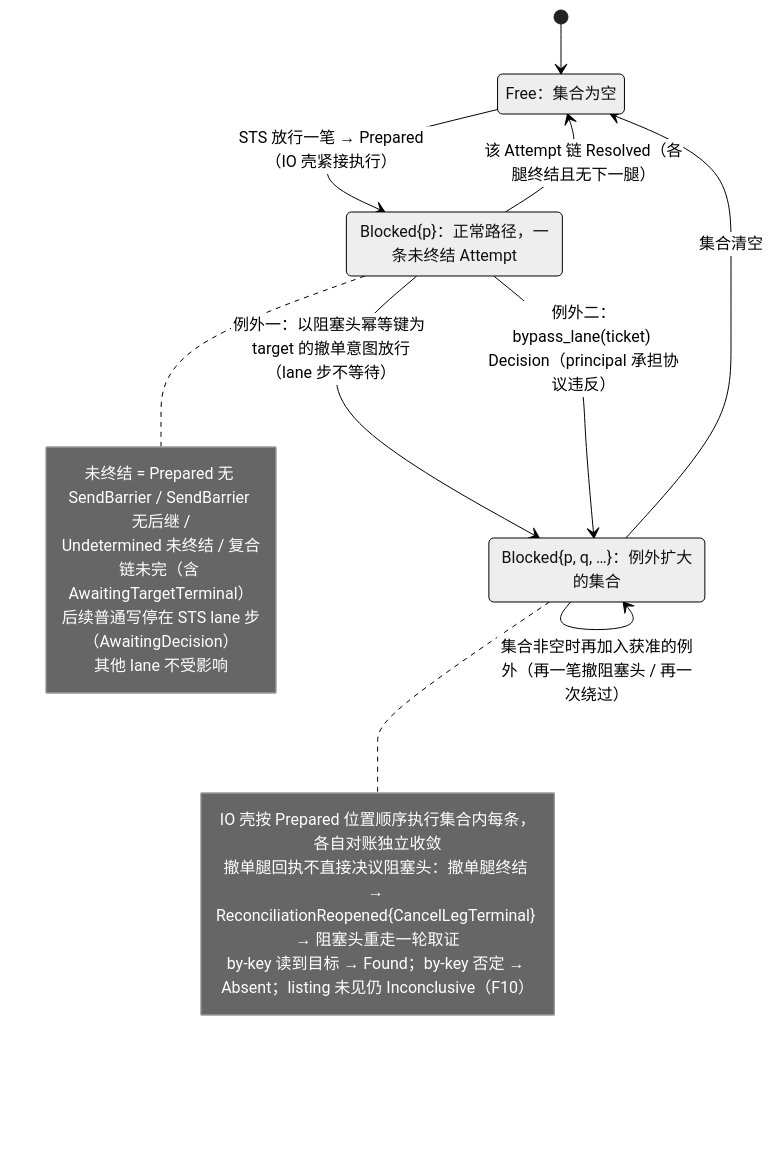
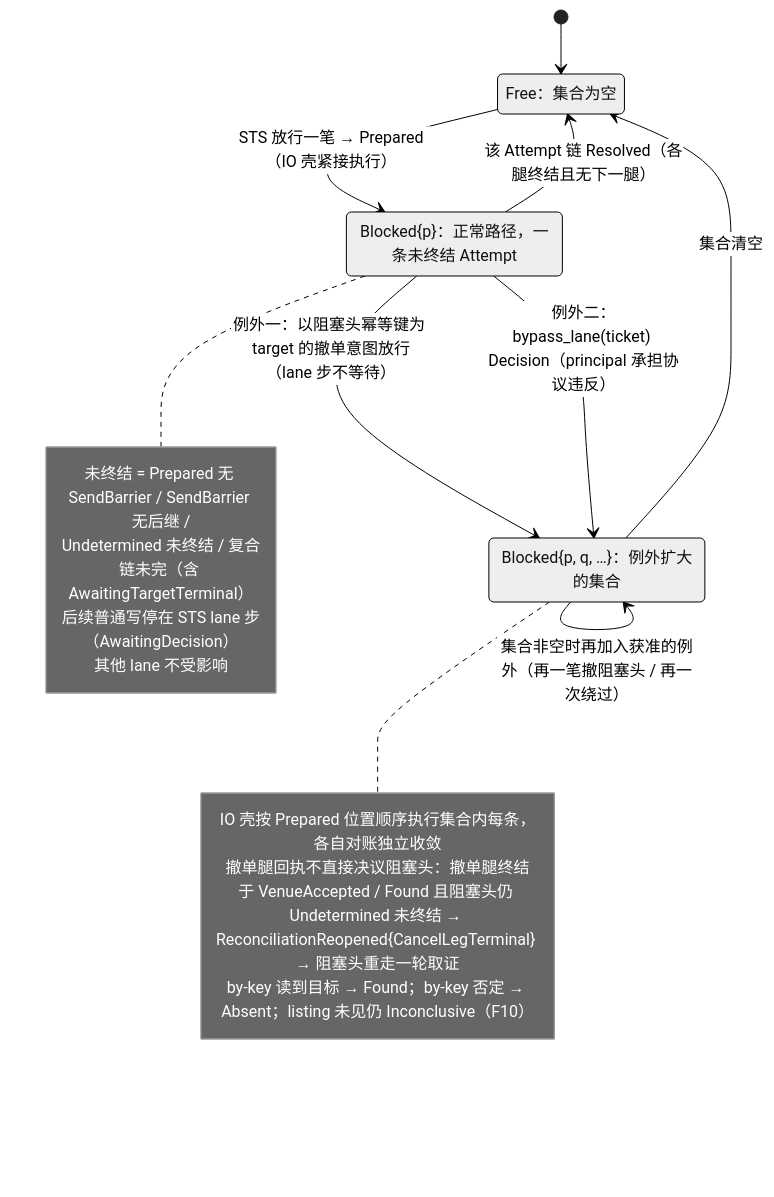
Before and after one commit to mouriya-s-lab/uta: the fourth of 6 diagrams in design/diagrams/05-ticket-and-sts.md, drawn with Mermaid (neutral theme). The commit also changed other lines of this file and 10 other files, not shown here.

````diff
--- a/design/diagrams/05-ticket-and-sts.md
+++ b/design/diagrams/05-ticket-and-sts.md
@@ -116,25 +116,25 @@
 ```mermaid
 stateDiagram-v2
   state "Free：集合为空" as Free
   state "Blocked{p}：正常路径，一条未终结 Attempt" as B1
   state "Blocked{p, q, …}：例外扩大的集合" as BN
   [*] --> Free
   Free --> B1 : STS 放行一笔 → Prepared（IO 壳紧接执行）
   B1 --> Free : 该 Attempt 链 Resolved（各腿终结且无下一腿）
   B1 --> BN : 例外一：以阻塞头幂等键为 target 的撤单意图放行（lane 步不等待）
   B1 --> BN : 例外二：bypass_lane(ticket) Decision（principal 承担协议违反）
   BN --> BN : 集合内任一链 Resolved 但集合非空（只移出自己）
   BN --> BN : 集合非空时再加入获准的例外（再一笔撤阻塞头 / 再一次绕过）
   BN --> Free : 集合清空
   note right of B1
     未终结 = Prepared 无 SendBarrier / SendBarrier 无后继 /
     Undetermined 未终结 / 复合链未完（含 AwaitingTargetTerminal）
     后续普通写停在 STS lane 步（AwaitingDecision）
     其他 lane 不受影响
   end note
   note right of BN
     IO 壳按 Prepared 位置顺序执行集合内每条，各自对账独立收敛
-    撤单腿回执不直接决议阻塞头：撤单腿终结 → ReconciliationReopened{CancelLegTerminal} → 阻塞头重走一轮取证
+    撤单腿回执不直接决议阻塞头：撤单腿终结于 VenueAccepted / Found 且阻塞头仍 Undetermined 未终结 → ReconciliationReopened{CancelLegTerminal} → 阻塞头重走一轮取证
     by-key 读到目标 → Found；by-key 否定 → Absent；listing 未见仍 Inconclusive（F10）
   end note
 ```
````
